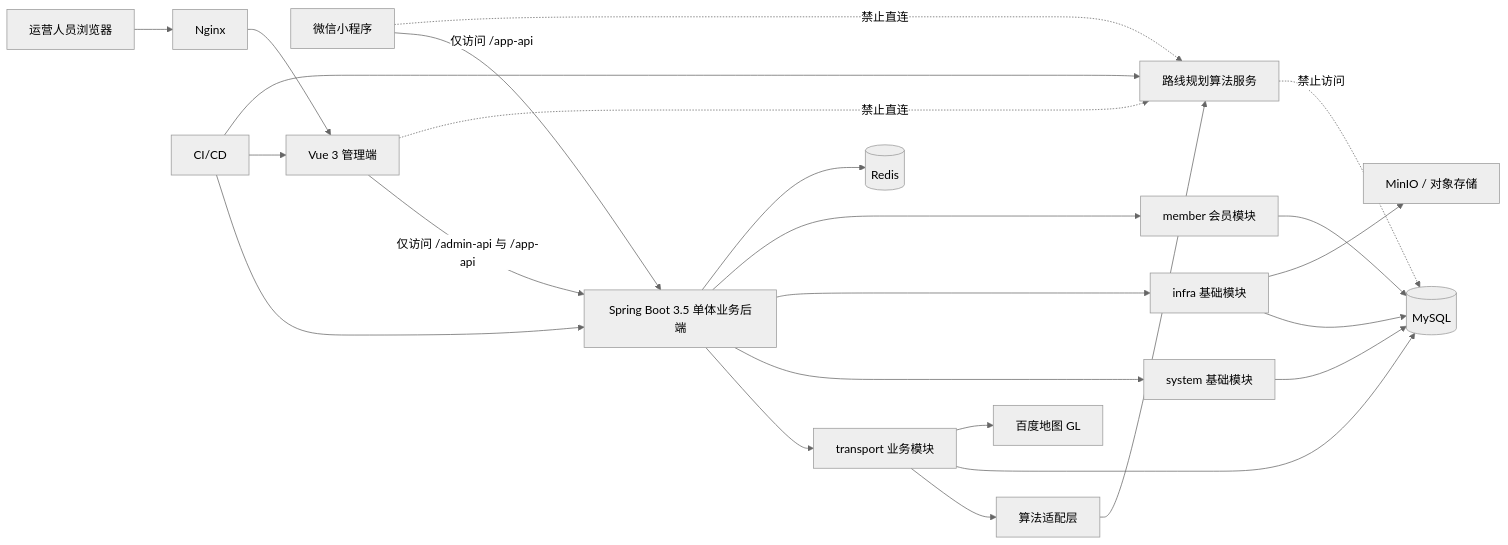
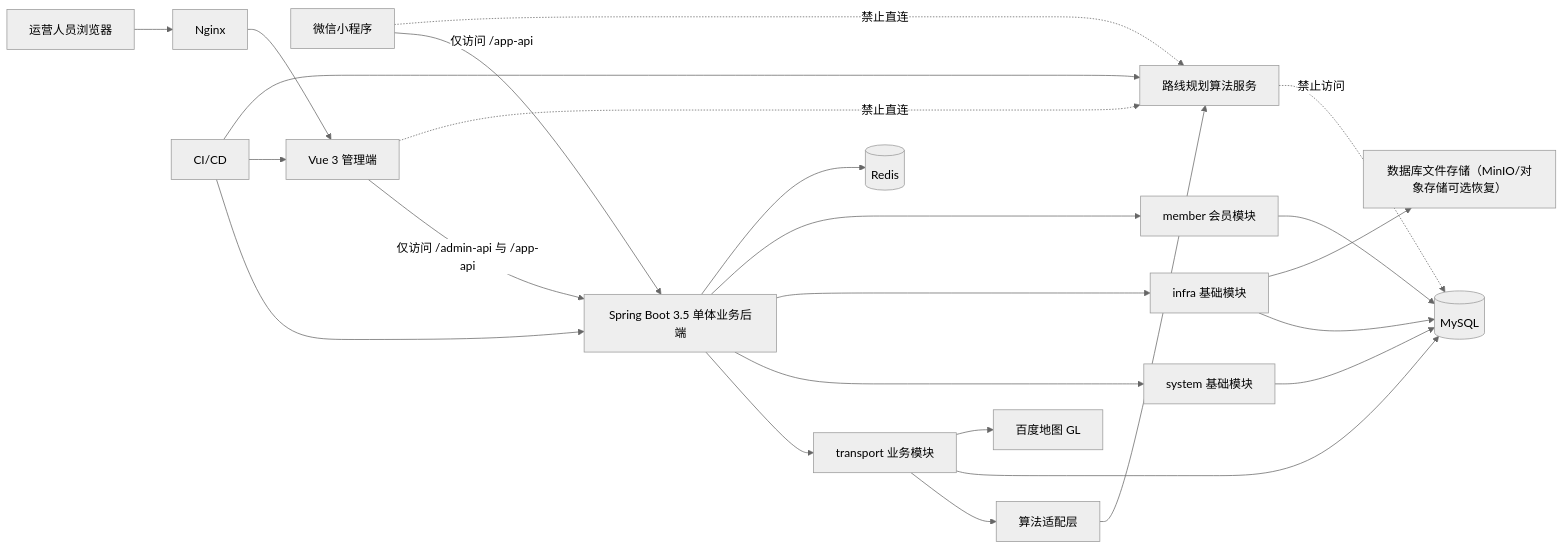
The diagram in docs/architecture.md (cgp-team/cargo-post-platform), drawn with Mermaid (neutral theme) before and after one commit. The commit also changed 4 other files, not shown here.

````diff
--- a/docs/architecture.md
+++ b/docs/architecture.md
@@ -5,27 +5,27 @@
 ```mermaid
 flowchart LR
     User["运营人员浏览器"] --> Nginx["Nginx"]
     Driver["微信小程序"] -->|"仅访问 /app-api"| Backend
     Nginx --> UI["Vue 3 管理端"]
     UI -->|"仅访问 /admin-api 与 /app-api"| Backend["Spring Boot 3.5 单体业务后端"]
     Backend --> Transport["transport 业务模块"]
     Backend --> System["system 基础模块"]
     Backend --> Infra["infra 基础模块"]
     Backend --> Member["member 会员模块"]
     Transport --> Adapter["算法适配层"]
     Adapter --> Algorithm["路线规划算法服务"]
     Transport --> DB[("MySQL")]
     System --> DB
     Infra --> DB
     Member --> DB
     Backend --> Redis[("Redis")]
-    Infra --> Storage["MinIO / 对象存储"]
+    Infra --> Storage["数据库文件存储（MinIO/对象存储可选恢复）"]
     Transport --> Map["百度地图 GL"]
     CICD["CI/CD"] --> Backend
     CICD --> UI
     CICD --> Algorithm
 
     UI -. "禁止直连" .-> Algorithm
     Driver -. "禁止直连" .-> Algorithm
     Algorithm -. "禁止访问" .-> DB
 ```
````
